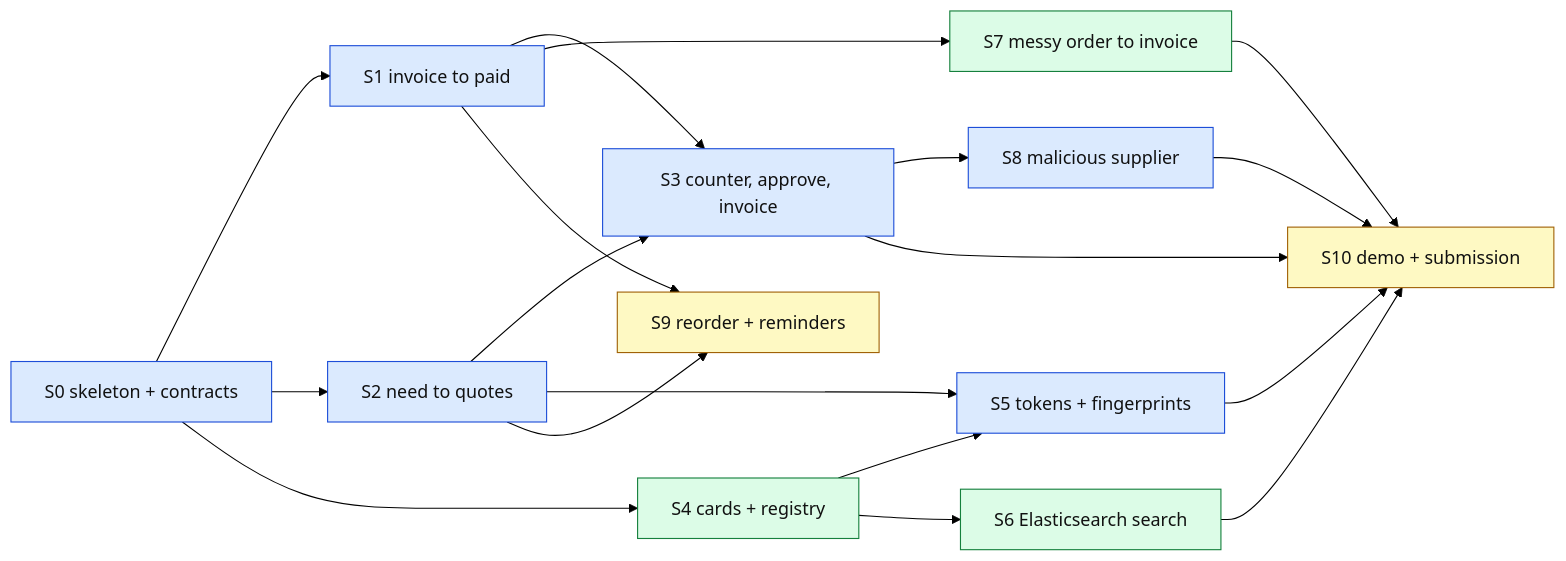
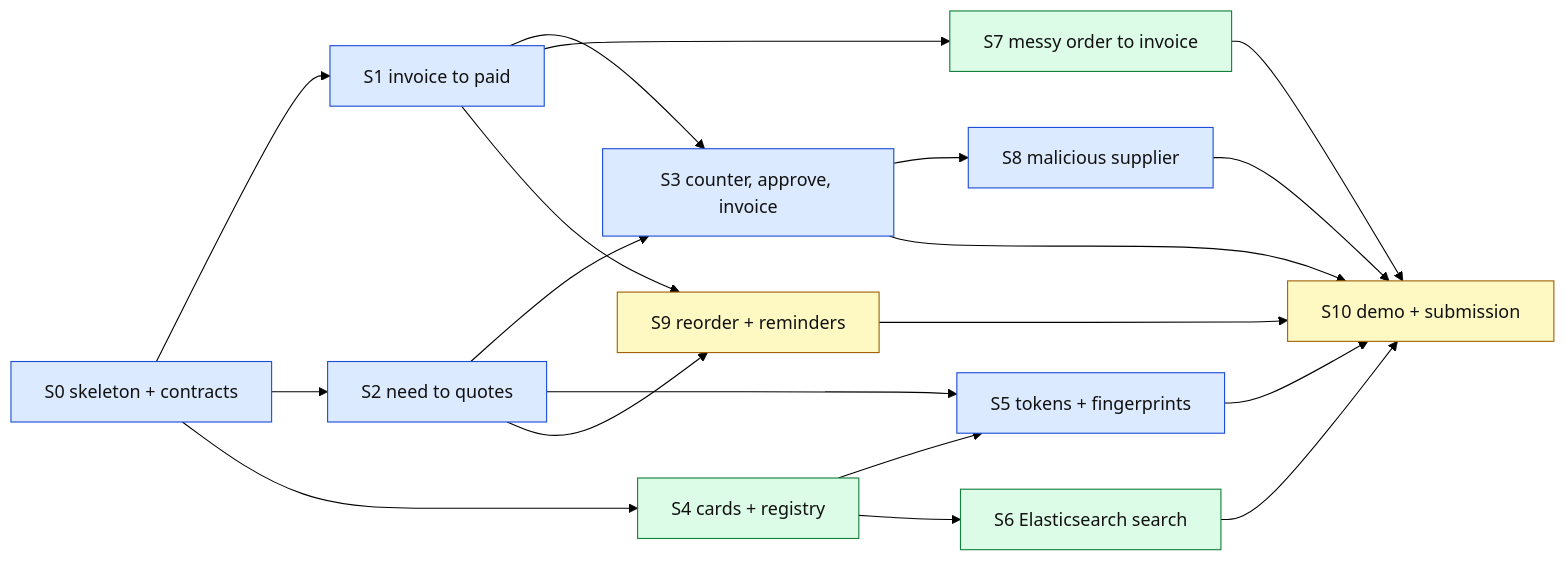
Before and after one commit to MateiS2002/paypal-ai-hackathon-2026: the diagram in docs/slices/README.md, drawn with Mermaid (forest theme). The commit also changed other lines of this file and 9 other files, not shown here.

````diff
--- a/docs/slices/README.md
+++ b/docs/slices/README.md
@@ -38,31 +38,31 @@
 ```mermaid
 flowchart LR
   S0["S0 skeleton + contracts"]
   S1["S1 invoice to paid"]
   S2["S2 need to quotes"]
   S3["S3 counter, approve, invoice"]
   S4["S4 cards + registry"]
   S5["S5 tokens + fingerprints"]
   S6["S6 Elasticsearch search"]
   S7["S7 messy order to invoice"]
   S8["S8 malicious supplier"]
   S9["S9 reorder + reminders"]
   S10["S10 demo + submission"]
 
   S0 --> S1 & S2 & S4
   S1 --> S3
   S2 --> S3
   S1 --> S7
   S2 & S4 --> S5
   S4 --> S6
   S3 --> S8
   S1 & S2 --> S9
-  S3 & S5 & S6 & S7 & S8 --> S10
+  S3 & S5 & S6 & S7 & S8 & S9 --> S10
 
   classDef matei fill:#dbeafe,stroke:#1d4ed8,color:#111
   classDef robert fill:#dcfce7,stroke:#15803d,color:#111
   classDef both fill:#fef9c3,stroke:#a16207,color:#111
   class S0,S1,S2,S3,S5,S8 matei
   class S4,S6,S7 robert
   class S9,S10 both
 ```
````
